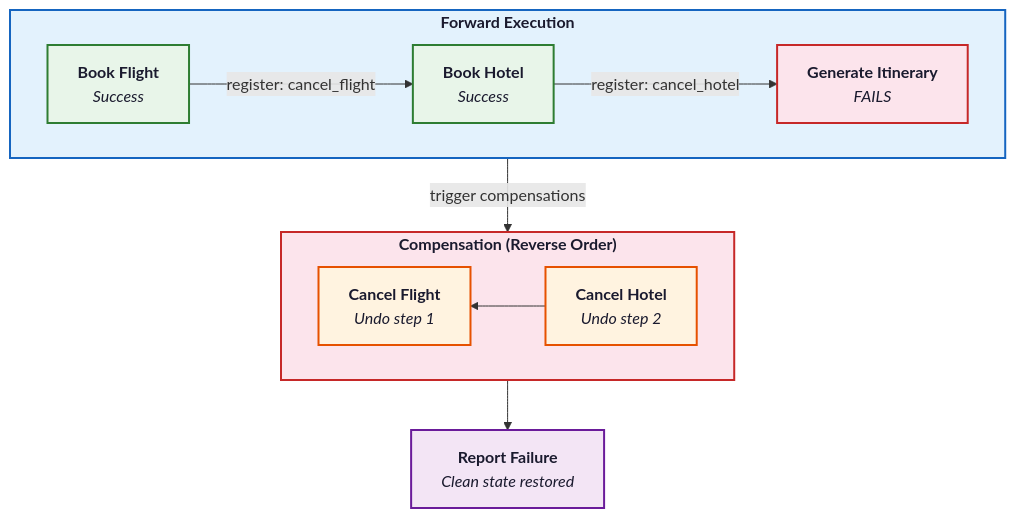
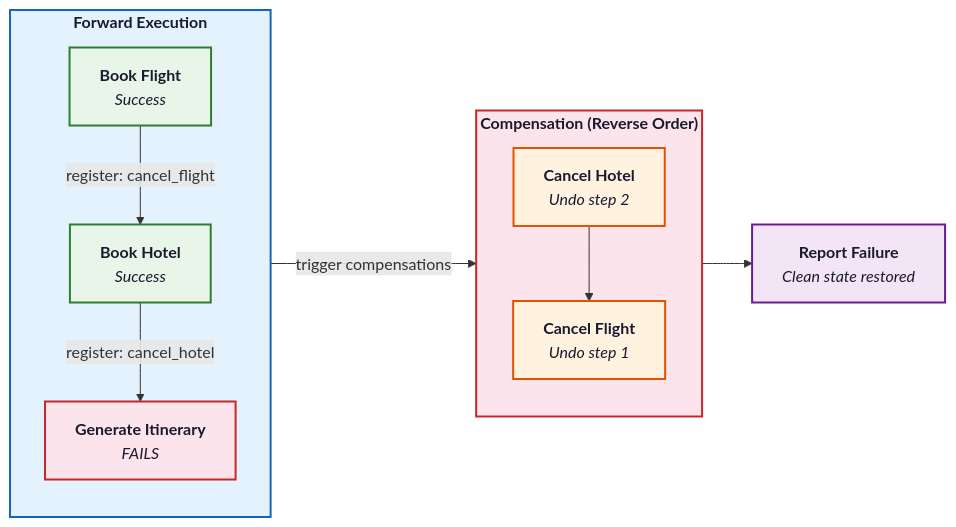
Before and after one commit to ApartsinProjects/LLMBook: the diagram in part-8-evaluation-production/module-31-production-engineering/images/fig-31.6.3-saga-compensation.mmd, drawn with Mermaid. The commit also changed 1247 other files, not shown here.

```diff
--- a/part-8-evaluation-production/module-31-production-engineering/images/fig-31.6.3-saga-compensation.mmd
+++ b/part-8-evaluation-production/module-31-production-engineering/images/fig-31.6.3-saga-compensation.mmd
@@ -1,29 +1,29 @@
-flowchart TB
+flowchart LR
     subgraph FORWARD["<b>Forward Execution</b>"]
-        direction LR
+        direction TB
         A1["<b>Book Flight</b><br/><i>Success</i>"]
         A2["<b>Book Hotel</b><br/><i>Success</i>"]
         A3["<b>Generate Itinerary</b><br/><i>FAILS</i>"]
         A1 -->|"register: cancel_flight"| A2
         A2 -->|"register: cancel_hotel"| A3
     end
 
     A3 -->|"trigger compensations"| COMP
 
     subgraph COMP["<b>Compensation (Reverse Order)</b>"]
-        direction RL
+        direction TB
         C2["<b>Cancel Hotel</b><br/><i>Undo step 2</i>"]
         C1["<b>Cancel Flight</b><br/><i>Undo step 1</i>"]
         C2 --> C1
     end
 
     C1 --> ERR["<b>Report Failure</b><br/><i>Clean state restored</i>"]
 
     style FORWARD fill:#e3f2fd,stroke:#1565c0,stroke-width:2px,color:#1a1a2e
     style COMP fill:#fce4ec,stroke:#c62828,stroke-width:2px,color:#1a1a2e
     style A1 fill:#e8f5e9,stroke:#2e7d32,stroke-width:2px,color:#1a1a2e
     style A2 fill:#e8f5e9,stroke:#2e7d32,stroke-width:2px,color:#1a1a2e
     style A3 fill:#fce4ec,stroke:#c62828,stroke-width:2px,color:#1a1a2e
     style C1 fill:#fff3e0,stroke:#e65100,stroke-width:2px,color:#1a1a2e
     style C2 fill:#fff3e0,stroke:#e65100,stroke-width:2px,color:#1a1a2e
     style ERR fill:#f3e5f5,stroke:#6a1b9a,stroke-width:2px,color:#1a1a2e
```
